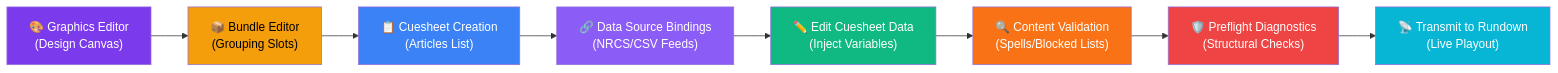
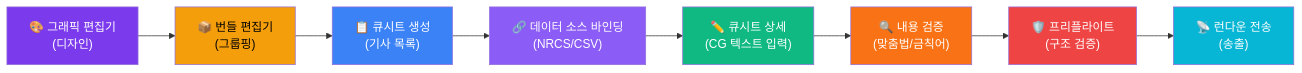
Before and after one commit to gkisanet/webcg-k: the first of 6 diagrams in webcg-k/docs/guide/NRCS_CUESHEET_WORKFLOW.md, drawn with Mermaid. The commit also changed other lines of this file and 155 other files, not shown here.

````diff
--- a/webcg-k/docs/guide/NRCS_CUESHEET_WORKFLOW.md
+++ b/webcg-k/docs/guide/NRCS_CUESHEET_WORKFLOW.md
@@ -38,19 +39,19 @@
 ```mermaid
 flowchart LR
-    A["🎨 Graphics Editor<br/>(Design Canvas)"] --> B["📦 Bundle Editor<br/>(Grouping Slots)"]
-    B --> C["📋 Cuesheet Creation<br/>(Articles List)"]
-    C --> C2["🔗 Data Source Bindings<br/>(NRCS/CSV Feeds)"]
-    C2 --> D["✏️ Edit Cuesheet Data<br/>(Inject Variables)"]
-    D --> D2["🔍 Content Validation<br/>(Spells/Blocked Lists)"]
-    D2 --> E["🛡️ Preflight Diagnostics<br/>(Structural Checks)"]
-    E --> F["📡 Transmit to Rundown<br/>(Live Playout)"]
+    A["🎨 그래픽 편집기<br/>(디자인)"] --> B["📦 번들 편집기<br/>(그룹핑)"]
+    B --> C["📋 큐시트 생성<br/>(기사 목록)"]
+    C --> C2["🔗 데이터 소스 바인딩<br/>(NRCS/CSV)"]
+    C2 --> D["✏️ 큐시트 상세<br/>(CG 텍스트 입력)"]
+    D --> D2["🔍 내용 검증<br/>(맞춤법/금칙어)"]
+    D2 --> E["🛡️ 프리플라이트<br/>(구조 검증)"]
+    E --> F["📡 런다운 전송<br/>(송출)"]
 
     style A fill:#7c3aed,color:#fff
     style B fill:#f59e0b,color:#000
     style C fill:#3b82f6,color:#fff
     style C2 fill:#8b5cf6,color:#fff
     style D fill:#10b981,color:#fff
     style D2 fill:#f97316,color:#fff
     style E fill:#ef4444,color:#fff
     style F fill:#06b6d4,color:#fff
 ```
````
